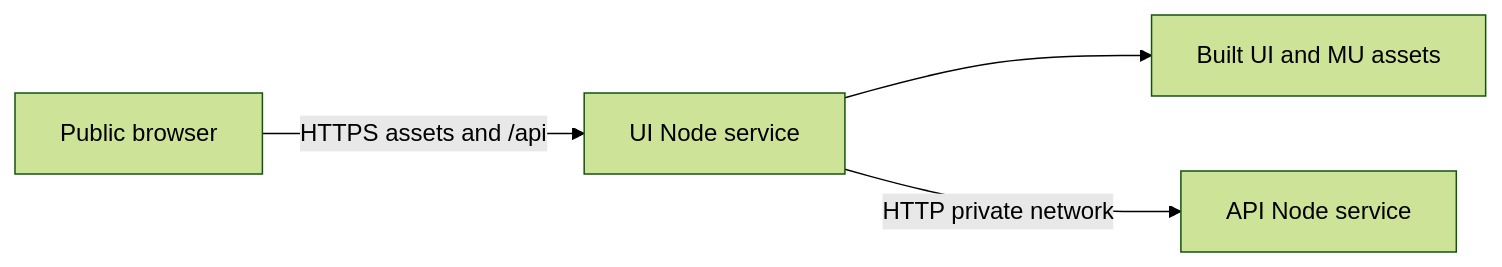
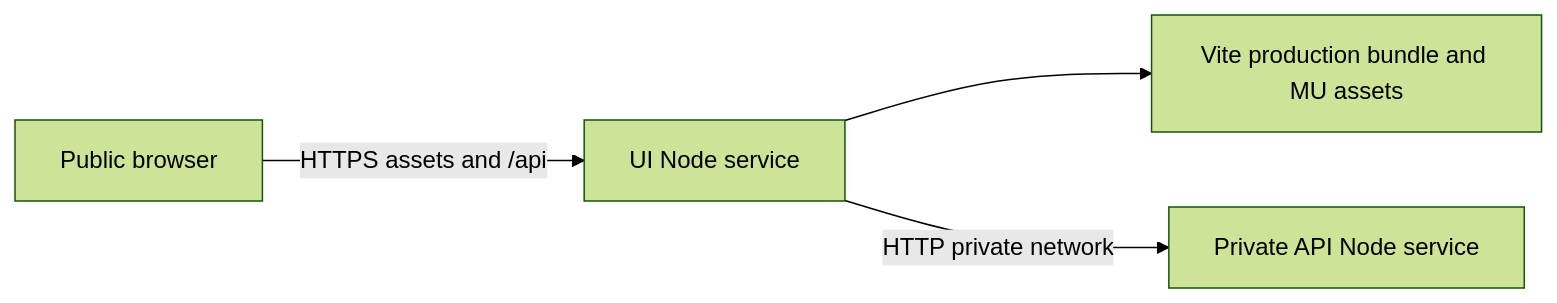
One commit to thiswallz/vibe-mu-survivor changed the second of 2 diagrams in ARCHITECTURE.md. Above: the diagram before and after it, drawn with Mermaid (forest theme). The commit also changed other lines of this file and 76 other files, not shown here.

````diff
--- a/ARCHITECTURE.md
+++ b/ARCHITECTURE.md
@@ -19,6 +35,6 @@
 ```mermaid
 flowchart LR
   Browser[Public browser] -->|HTTPS assets and /api| UI[UI Node service]
-  UI --> Dist[Built UI and MU assets]
-  UI -->|HTTP private network| API[API Node service]
+  UI --> Dist[Vite production bundle and MU assets]
+  UI -->|HTTP private network| API[Private API Node service]
 ```
````
